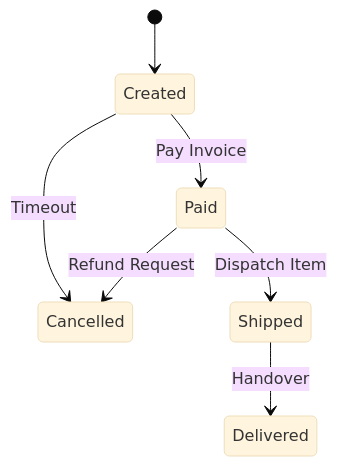
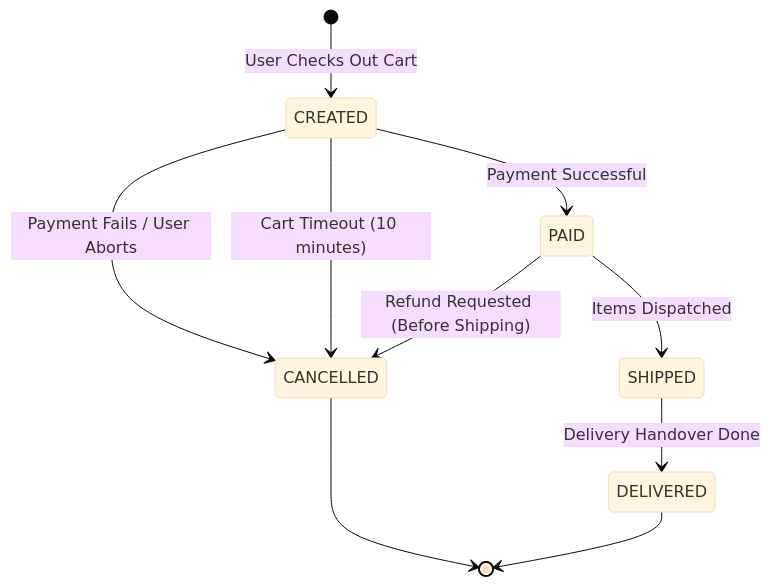
One commit to gp330841/interview changed the second of 3 diagrams in low-level-design/concepts/26-ecommerce-lld.md. Above: the diagram before and after it, drawn with Mermaid (base theme). The commit also changed other lines of this file and 66 other files, not shown here.

````diff
--- a/low-level-design/concepts/26-ecommerce-lld.md
+++ b/low-level-design/concepts/26-ecommerce-lld.md
@@ -17,9 +89,12 @@
 ```mermaid
 stateDiagram-v2
-    [*] --> Created
-    Created --> Paid : Pay Invoice
-    Created --> Cancelled : Timeout
-    Paid --> Shipped : Dispatch Item
-    Paid --> Cancelled : Refund Request
-    Shipped --> Delivered : Handover
+    [*] --> CREATED : User Checks Out Cart
+    CREATED --> PAID : Payment Successful
+    CREATED --> CANCELLED : Payment Fails / User Aborts
+    CREATED --> CANCELLED : Cart Timeout (10 minutes)
+    PAID --> SHIPPED : Items Dispatched
+    SHIPPED --> DELIVERED : Delivery Handover Done
+    PAID --> CANCELLED : Refund Requested (Before Shipping)
+    CANCELLED --> [*]
+    DELIVERED --> [*]
 ```
````
